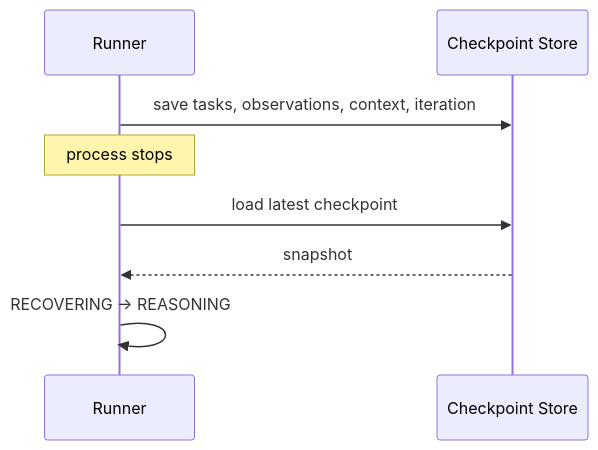
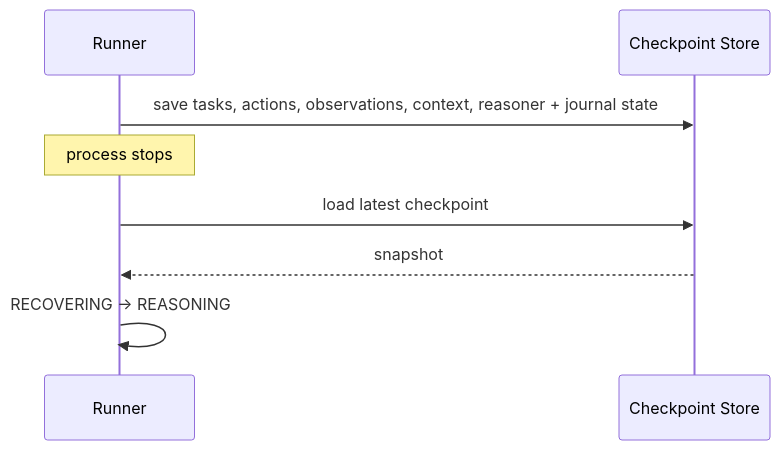
Before and after one commit to balureddy003/Naro: the diagram in docs/learn/12-scale-and-reliability.md, drawn with Mermaid. The commit also changed other lines of this file and 42 other files, not shown here.

````diff
--- a/docs/learn/12-scale-and-reliability.md
+++ b/docs/learn/12-scale-and-reliability.md
@@ -50,10 +51,10 @@
 ```mermaid
 sequenceDiagram
     participant Runner
     participant Store as Checkpoint Store
-    Runner->>Store: save tasks, observations, context, iteration
+    Runner->>Store: save tasks, actions, observations, context, reasoner + journal state
     Note over Runner: process stops
     Runner->>Store: load latest checkpoint
     Store-->>Runner: snapshot
     Runner->>Runner: RECOVERING → REASONING
 ```
````
